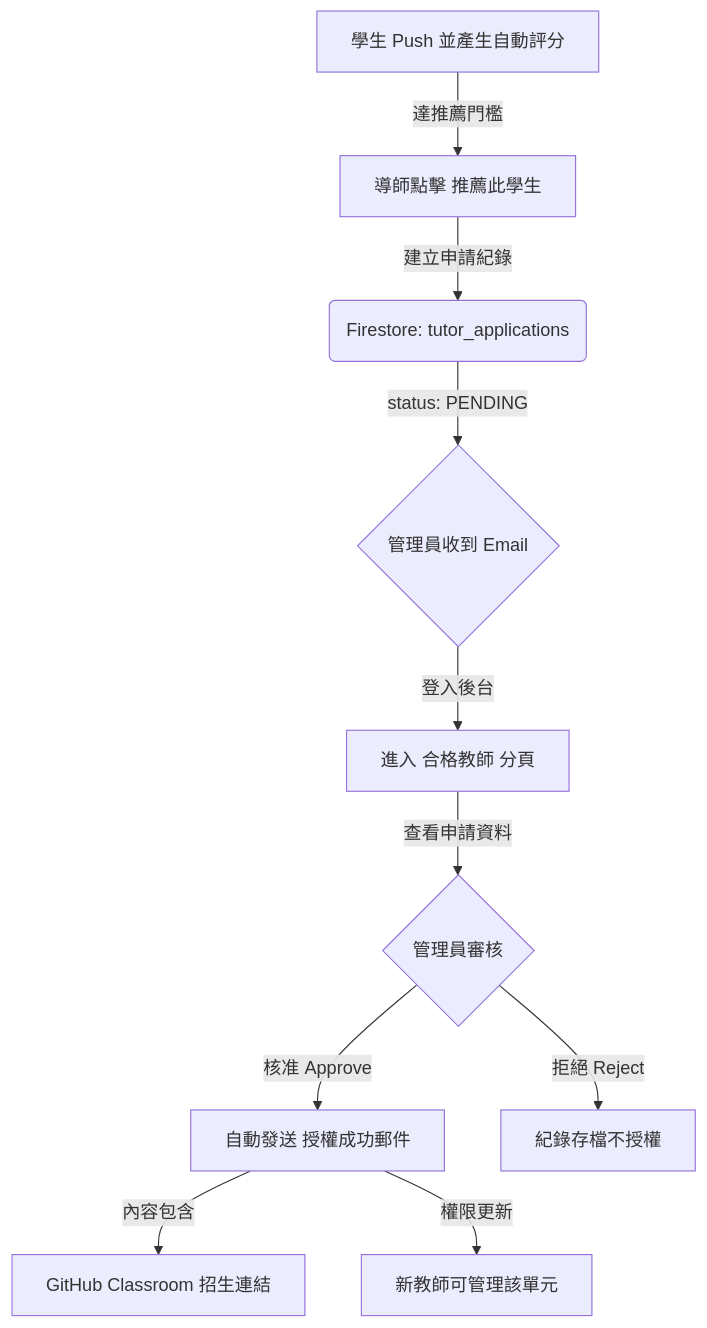
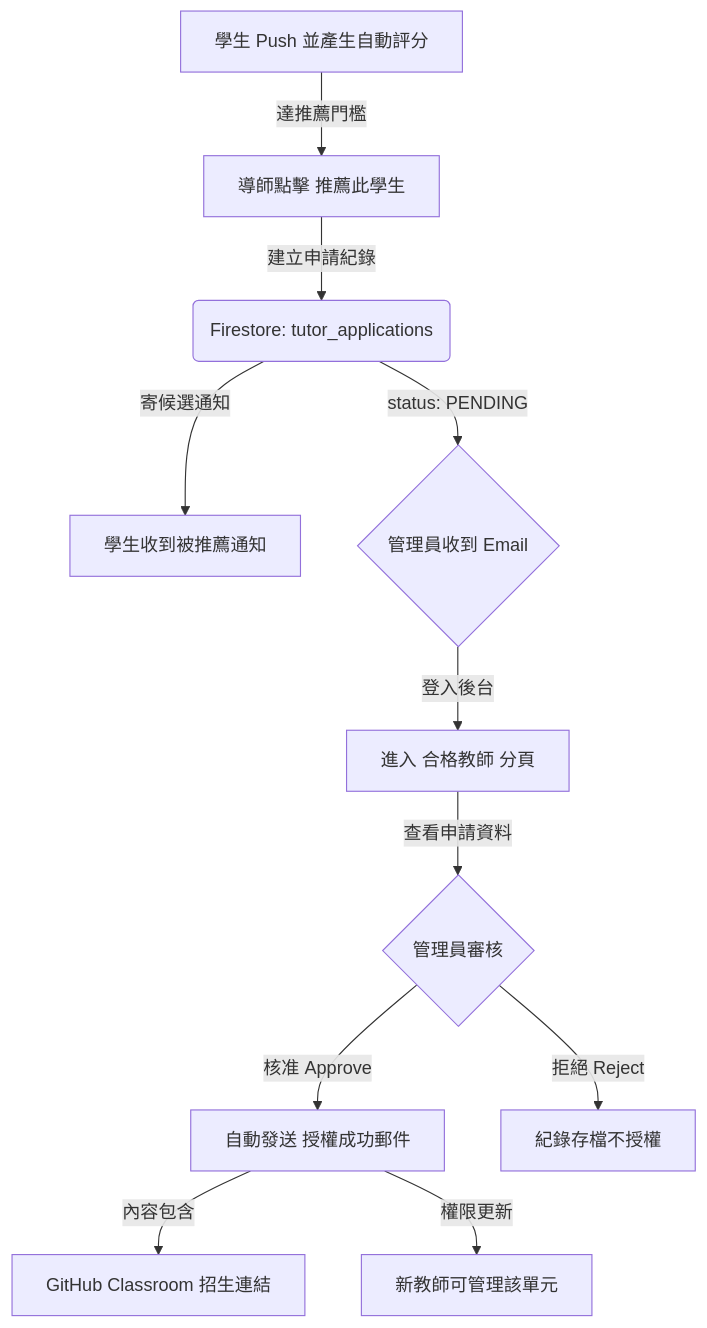
One commit to vibe-coding-tw/e-learning changed the diagram in docs/tutor-management-mvp.md. Above: the diagram before and after it, drawn with Mermaid. The commit also changed other lines of this file and 3 other files, not shown here.

````diff
--- a/docs/tutor-management-mvp.md
+++ b/docs/tutor-management-mvp.md
@@ -8,12 +8,13 @@
 ```mermaid
 graph TD
     A[學生 Push 並產生自動評分] -->|達推薦門檻| B[導師點擊 推薦此學生]
     B -->|建立申請紀錄| C(Firestore: tutor_applications)
+    C -->|寄候選通知| C1[學生收到被推薦通知]
     C -->|status: PENDING| D{管理員收到 Email}
     D -->|登入後台| E[進入 合格教師 分頁]
     E -->|查看申請資料| F{管理員審核}
     F -->|核准 Approve| G[自動發送 授權成功郵件]
     F -->|拒絕 Reject| H[紀錄存檔不授權]
     G -->|內容包含| I[GitHub Classroom 招生連結]
     G -->|權限更新| J[新教師可管理該單元]
 ```
````
